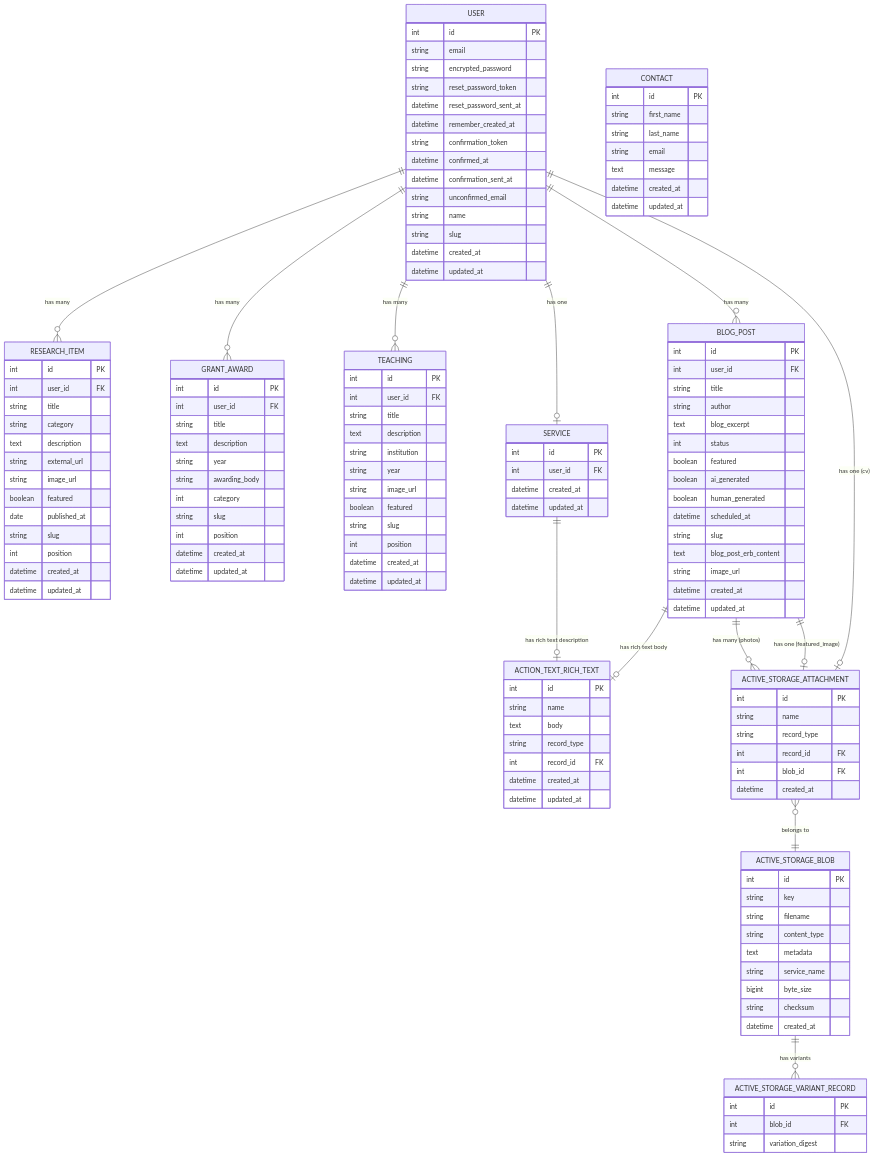
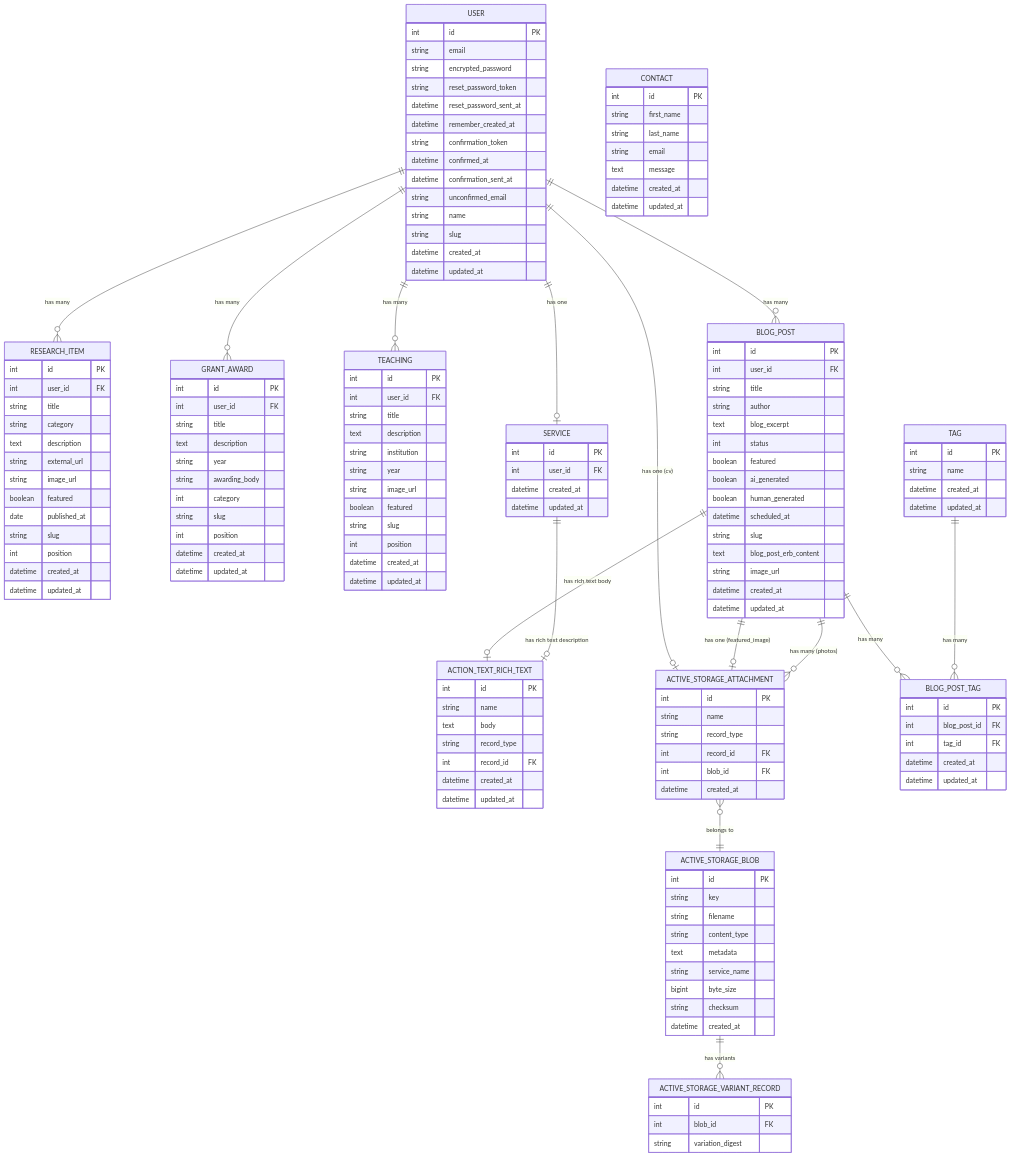
Before and after one commit to louiskb/isarak-portfolio: the diagram in docs/ERD.md, drawn with Mermaid. The commit also changed other lines of this file and 2 other files, not shown here.

Commit message:
style(blog): search icon turns teal on focus, update ERD and TODO for session 16
- Add :focus-within rule so search icon turns teal when input is focused
- Add transition: color 0.2s ease to search icon for smooth change
- Clear button (× webkit-search-cancel-button) plain grey only, cursor: pointer
- Update docs/ERD.md: add Tag and BlogPostTag tables + relationship lines + notes
- Update TODO.md: mark entire blog tag system complete with all sub-tasks

````diff
--- a/docs/ERD.md
+++ b/docs/ERD.md
@@ -136,6 +136,21 @@
         string variation_digest
     }
 
+    TAG {
+        int id PK
+        string name
+        datetime created_at
+        datetime updated_at
+    }
+
+    BLOG_POST_TAG {
+        int id PK
+        int blog_post_id FK
+        int tag_id FK
+        datetime created_at
+        datetime updated_at
+    }
+
     USER ||--o{ RESEARCH_ITEM : "has many"
     USER ||--o{ GRANT_AWARD : "has many"
     USER ||--o{ TEACHING : "has many"
@@ -148,4 +163,6 @@
     BLOG_POST ||--o{ ACTIVE_STORAGE_ATTACHMENT : "has many (photos)"
     ACTIVE_STORAGE_ATTACHMENT }o--|| ACTIVE_STORAGE_BLOB : "belongs to"
     ACTIVE_STORAGE_BLOB ||--o{ ACTIVE_STORAGE_VARIANT_RECORD : "has variants"
+    BLOG_POST ||--o{ BLOG_POST_TAG : "has many"
+    TAG ||--o{ BLOG_POST_TAG : "has many"
 ```
````
